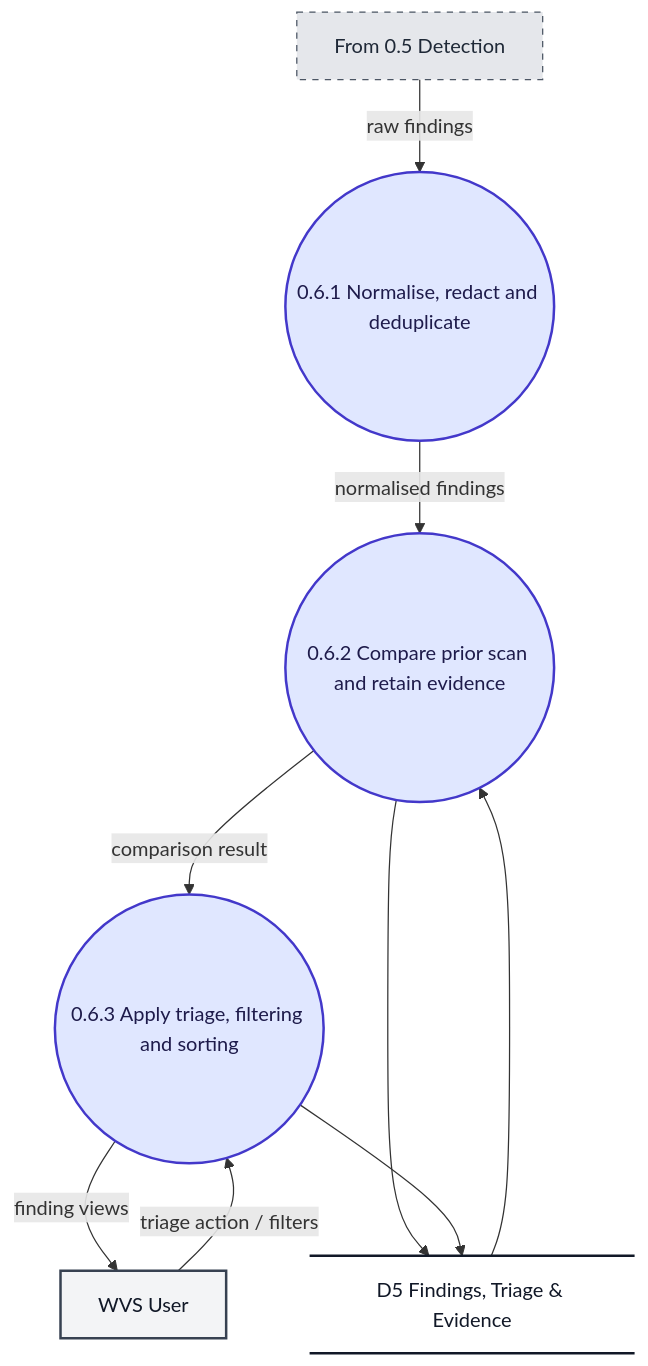
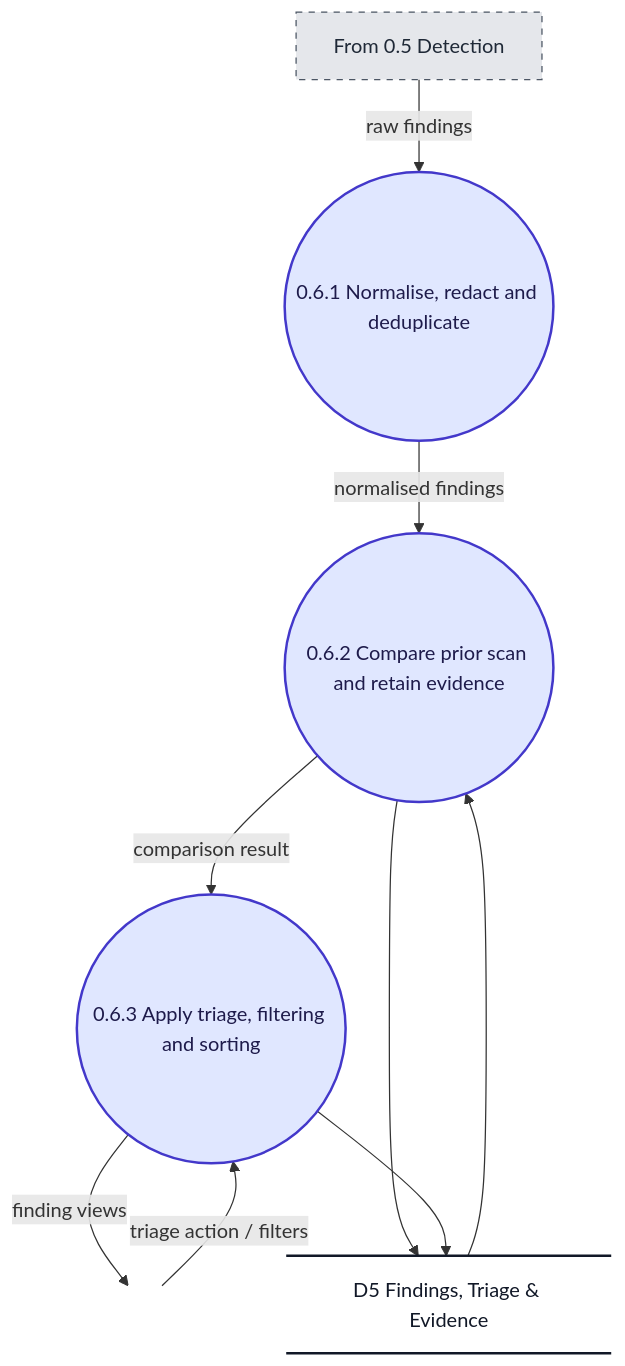
Before and after one commit to ksacheth/software-engineering: the diagram in docs/dfd/mermaid/f.6.mmd, drawn with Mermaid. The commit also changed 19 other files, not shown here.

```diff
--- a/docs/dfd/mermaid/f.6.mmd
+++ b/docs/dfd/mermaid/f.6.mmd
@@ -1,31 +1,33 @@
 flowchart TD
     %% Level 2 DFD - F.6 Findings Management
+    %% External entities appear only in the Level 0 context diagram
+    %% (Rajib Mall, Ch. 6); boundary arrows carry cross-boundary flows.
 
     I_From["From 0.5 Detection"]
-    User["WVS User"]
+    B_User[" "]
 
     P61(("0.6.1 Normalise, redact and deduplicate"))
     P62(("0.6.2 Compare prior scan and retain evidence"))
     P63(("0.6.3 Apply triage, filtering and sorting"))
 
     D5@{ shape: datastore, label: "D5 Findings, Triage & Evidence" }
 
     I_From -->|"raw findings"| P61
     P61 -->|"normalised findings"| P62
     P62 -->|"comparison result"| P63
-    P63 -->|"finding views"| User
+    P63 -->|"finding views"| B_User
 
     D5 --> P62
     P62 --> D5
-    User -->|"triage action / filters"| P63
+    B_User -->|"triage action / filters"| P63
     P63 --> D5
 
     %% Styling
     classDef process fill:#e0e7ff,stroke:#4338ca,stroke-width:2px,color:#1e1b4b;
-    classDef entity fill:#f3f4f6,stroke:#374151,stroke-width:2px,color:#111827;
     classDef store fill:transparent,stroke:#111827,stroke-width:2px,color:#111827;
     classDef iface fill:#e5e7eb,stroke:#4b5563,stroke-width:1px,stroke-dasharray: 5 5,color:#1f2937;
+    classDef boundary fill:transparent,stroke:transparent,color:transparent;
     class P61,P62,P63 process;
-    class User entity;
     class D5 store;
     class I_From iface;
+    class B_User boundary;
```
